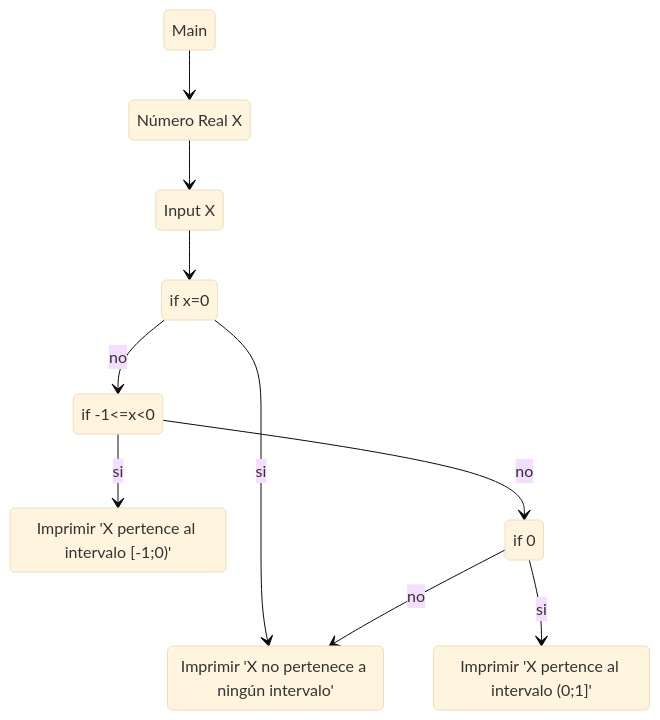
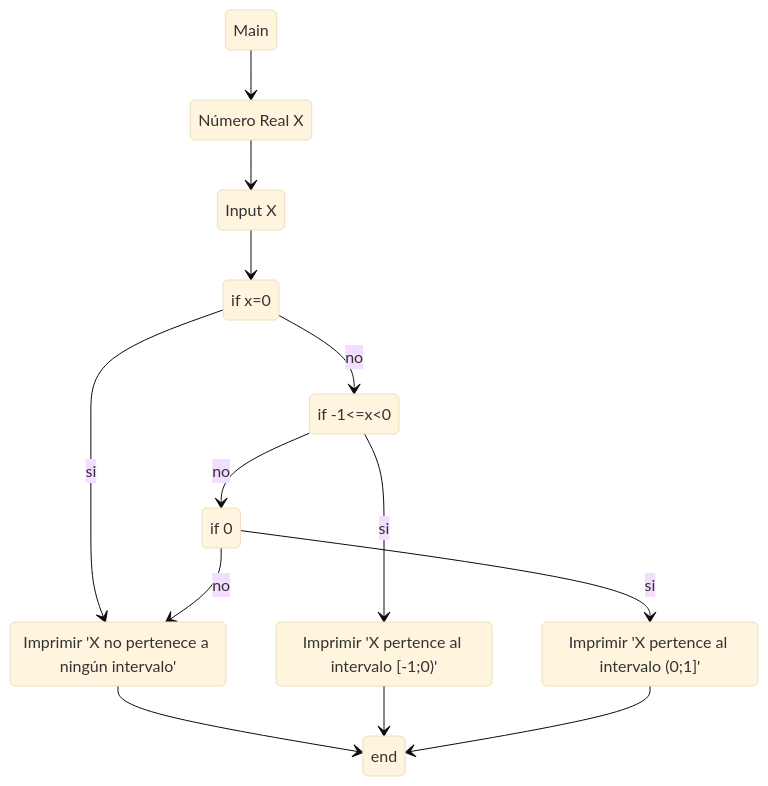
One commit to ValentinJM/TP-8 changed the diagram in Ejercicios/2.md. Above: the diagram before and after it, drawn with Mermaid (base theme).

````diff
--- a/Ejercicios/2.md
+++ b/Ejercicios/2.md
@@ -3,20 +3,23 @@
 ```mermaid
 stateDiagram-v2
 state "Número Real X" as A
 state "Input X" as B
 state "if x=0" as C
 state "Imprimir 'X no pertenece a ningún intervalo'" as D
 state "if -1<=x<0" as E
 state "Imprimir 'X pertence al intervalo [-1;0)'" as F
 state "if 0<x<=1" as G
 state "Imprimir 'X pertence al intervalo (0;1]'" as H
     Main --> A
     A --> B
     B --> C
     C --> D : si
     C --> E : no
     E --> F : si
     E --> G : no
     G --> H : si
     G --> D : no
+    D --> end
+    F --> end
+    H --> end
 ```
````
